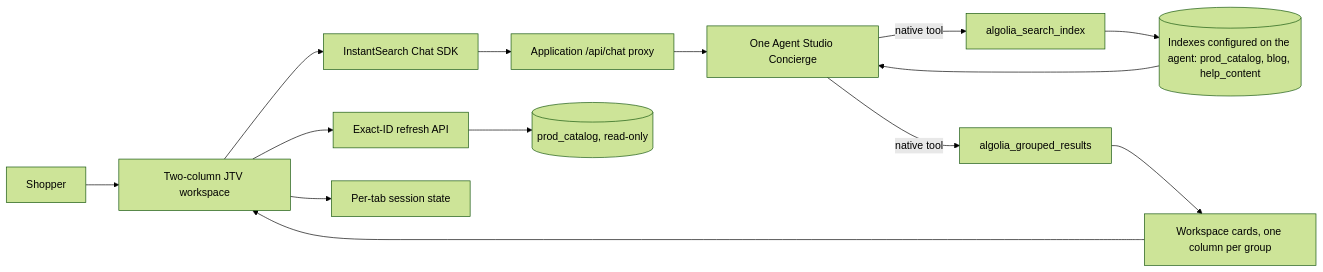
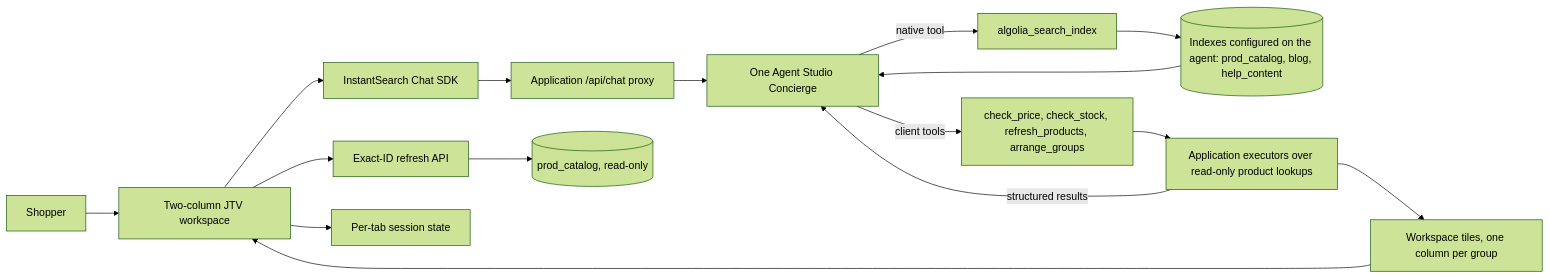
Before and after one commit to algolia/jewellerytv: the diagram in storefront/docs/architecture.mmd, drawn with Mermaid (forest theme). The commit also changed 3 other files, not shown here.

First line of the commit message:
docs: README and workflow diagram for the four-tool rebuild

```diff
--- a/storefront/docs/architecture.mmd
+++ b/storefront/docs/architecture.mmd
@@ -1,14 +1,16 @@
 flowchart LR
   Shopper[Shopper] --> UI[Two-column JTV workspace]
   UI --> SDK[InstantSearch Chat SDK]
   SDK --> ChatAPI[Application /api/chat proxy]
   ChatAPI --> Agent[One Agent Studio Concierge]
   Agent -->|native tool| Search[algolia_search_index]
   Search --> Indexes[(Indexes configured on the agent: prod_catalog, blog, help_content)]
   Indexes --> Agent
-  Agent -->|native tool| Grouped[algolia_grouped_results]
-  Grouped --> Cards[Workspace cards, one column per group]
-  Cards --> UI
+  Agent -->|client tools| Tools[check_price, check_stock, refresh_products, arrange_groups]
+  Tools --> Executors[Application executors over read-only product lookups]
+  Executors -->|structured results| Agent
+  Executors --> Tiles[Workspace tiles, one column per group]
+  Tiles --> UI
   UI --> Refresh[Exact-ID refresh API]
   Refresh --> Product[(prod_catalog, read-only)]
   UI --> State[Per-tab session state]
```
